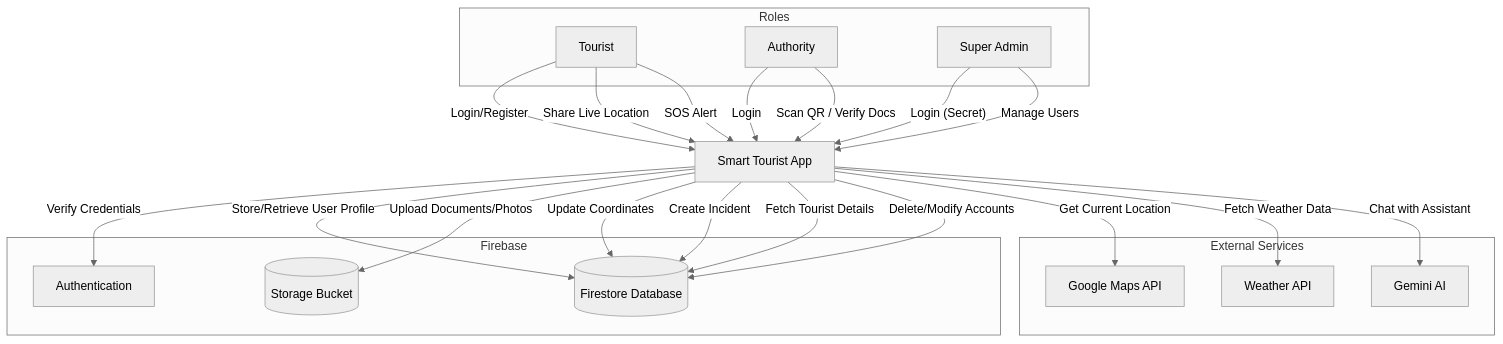
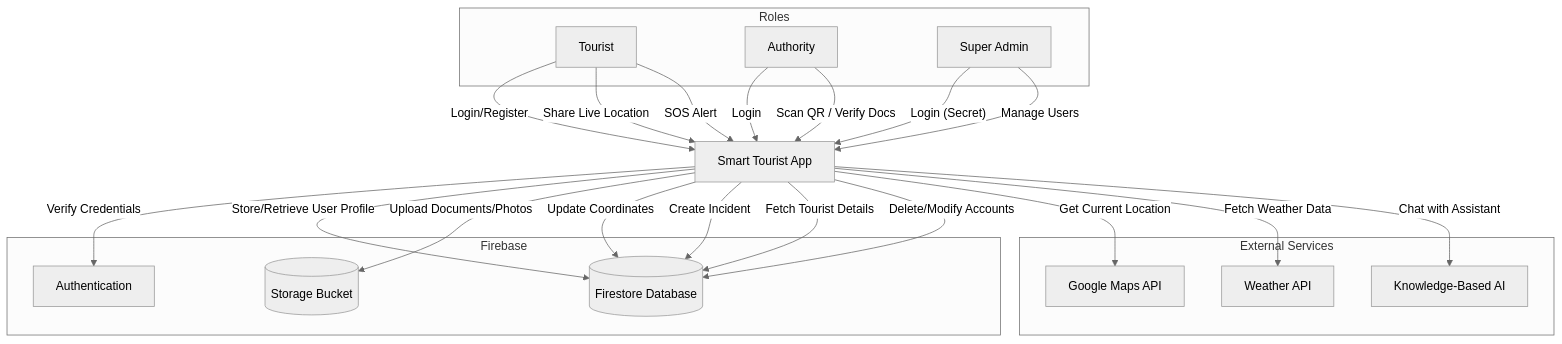
Before and after one commit to Akshay-Notfound/Smart-Safety-Tourist: the diagram in README.md, drawn with Mermaid (neutral theme). The commit also changed other lines of this file and 2 other files, not shown here.

Commit message:
docs: replace Gemini references with Knowledge-Based AI

````diff
--- a/README.md
+++ b/README.md
@@ -95,50 +95,50 @@
 ```mermaid
 graph TD
     subgraph Roles
         Tourist
         Authority
         Admin[Super Admin]
     end
 
     App[Smart Tourist App]
 
     subgraph Firebase
         Auth[Authentication]
         DB[(Firestore Database)]
         Store[(Storage Bucket)]
     end
 
     subgraph ExternalServices [External Services]
         GMaps[Google Maps API]
         OpenWeather[Weather API]
-        Gemini[Gemini AI]
+        AI[Knowledge-Based AI]
     end
 
     %% Role Interactions
     Tourist -->|"Login/Register"| App
     Authority -->|"Login"| App
     Admin -->|"Login (Secret)"| App
 
     %% Detailed Data Flow
     App -->|"Verify Credentials"| Auth
     App -->|"Store/Retrieve User Profile"| DB
     App -->|"Upload Documents/Photos"| Store
     
     %% Specific Features
     Tourist -->|"Share Live Location"| App
     App -->|"Update Coordinates"| DB
     
     Tourist -->|"SOS Alert"| App
     App -->|"Create Incident"| DB
     
     Authority -->|"Scan QR / Verify Docs"| App
     App -->|"Fetch Tourist Details"| DB
     
     Admin -->|"Manage Users"| App
     App -->|"Delete/Modify Accounts"| DB
 
     %% External API Calls
     App -->|"Get Current Location"| GMaps
     App -->|"Fetch Weather Data"| OpenWeather
-    App -->|"Chat with Assistant"| Gemini
+    App -->|"Chat with Assistant"| AI
 ```
````
